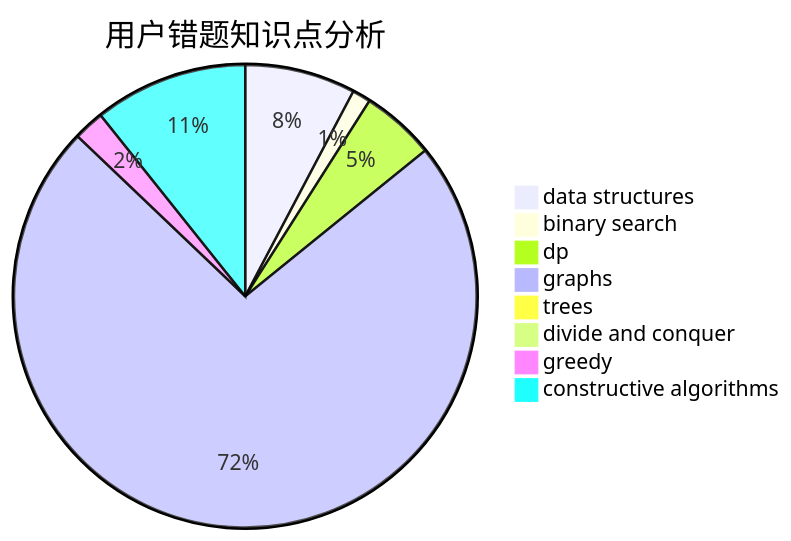
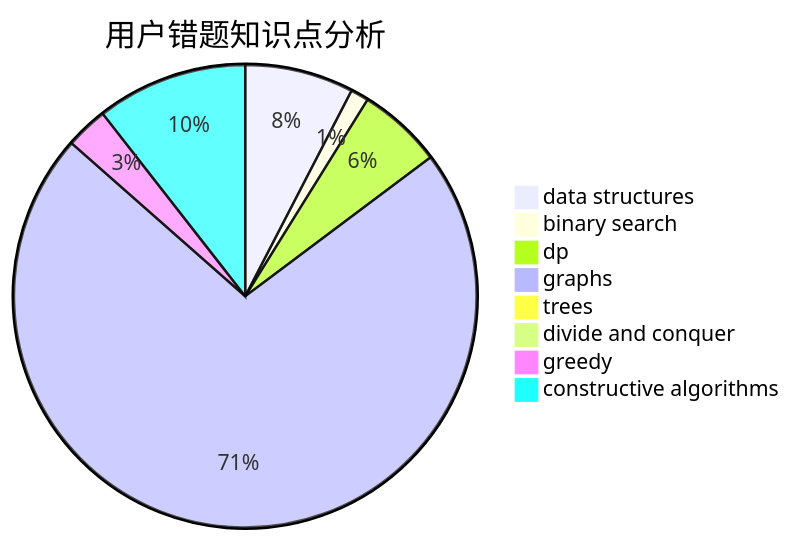
One commit to sherpahu/cfrs.github.io changed the third of 3 diagrams in docs/user/u2092.md. Above: the diagram before and after it, drawn with Mermaid. The commit also changed other lines of this file and 2770 other files, not shown here.

````diff
--- a/docs/user/u2092.md
+++ b/docs/user/u2092.md
@@ -36,11 +36,11 @@
 ```mermaid
 pie title 用户错题知识点分析
     "data structures" :  18
     "binary search" :  3
-    "dp" :  12
+    "dp" :  14
     "graphs" :  170
     "trees" :  0
     "divide and conquer" :  2
-    "greedy" :  5
+    "greedy" :  7
     "constructive algorithms" :  25
 ```
````
